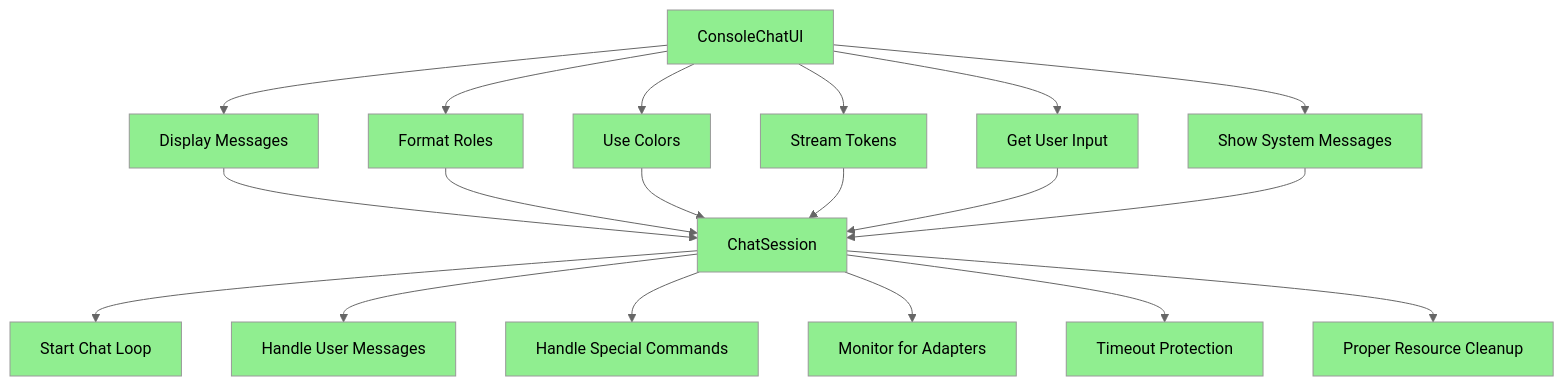
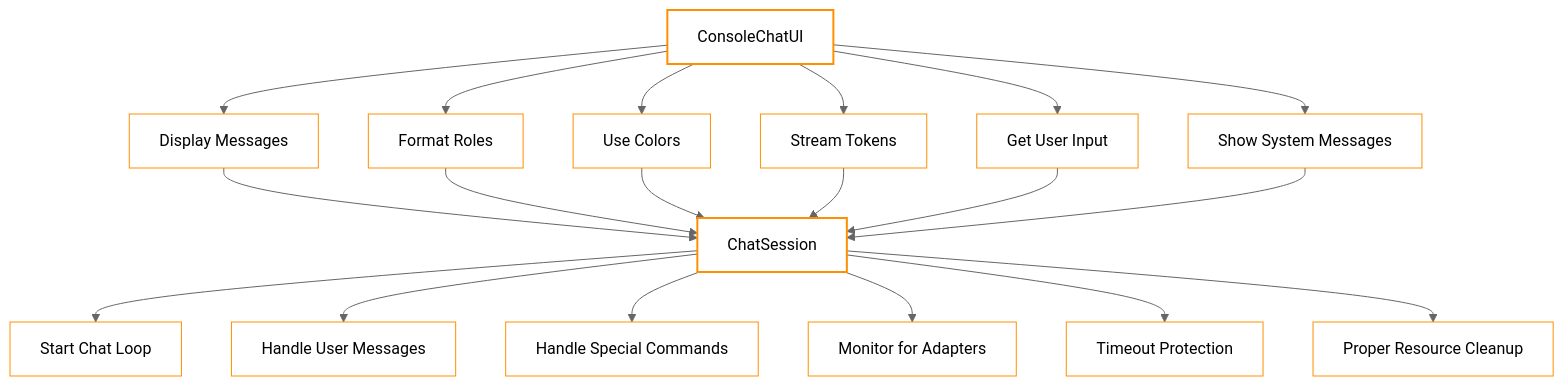
Before and after one commit to gsinghjay/LLMAdapterClient: the seventh of 8 diagrams in STORY.md, drawn with Mermaid (neutral theme). The commit also changed other lines of this file, not shown here.

Commit message:
docs(diagrams): align mermaid diagrams with project styling standards

````diff
--- a/STORY.md
+++ b/STORY.md
@@ -355,39 +382,31 @@
 ```mermaid
-graph TD
+flowchart TD
+    %% Chat UI and Chat Session components
     UI[ConsoleChatUI] --> UI1[Display Messages]
     UI --> UI2[Format Roles]
     UI --> UI3[Use Colors]
     UI --> UI4[Stream Tokens]
     UI --> UI5[Get User Input]
     UI --> UI6[Show System Messages]
     
     CS[ChatSession] --> CS1[Start Chat Loop]
     CS --> CS2[Handle User Messages]
     CS --> CS3[Handle Special Commands]
     CS --> CS4[Monitor for Adapters]
     CS --> CS5[Timeout Protection]
     CS --> CS6[Proper Resource Cleanup]
     
     UI1 --> CS
     UI2 --> CS
     UI3 --> CS
     UI4 --> CS
     UI5 --> CS
     UI6 --> CS
     
-    style UI fill:#90EE90
-    style UI1 fill:#90EE90
-    style UI2 fill:#90EE90
-    style UI3 fill:#90EE90
-    style UI4 fill:#90EE90
-    style UI5 fill:#90EE90
-    style UI6 fill:#90EE90
+    %% Apply styling according to standards
+    classDef component fill:transparent,stroke:#ff8f00,stroke-width:2px,fontFamily:Arial,sans-serif,fontSize:14px
+    classDef feature fill:transparent,stroke:#ff8f00,stroke-width:1px,fontFamily:Arial,sans-serif,fontSize:12px
     
-    style CS fill:#90EE90
-    style CS1 fill:#90EE90
-    style CS2 fill:#90EE90
-    style CS3 fill:#90EE90
-    style CS4 fill:#90EE90
-    style CS5 fill:#90EE90
-    style CS6 fill:#90EE90
+    class UI,CS component
+    class UI1,UI2,UI3,UI4,UI5,UI6,CS1,CS2,CS3,CS4,CS5,CS6 feature
 ```
````
